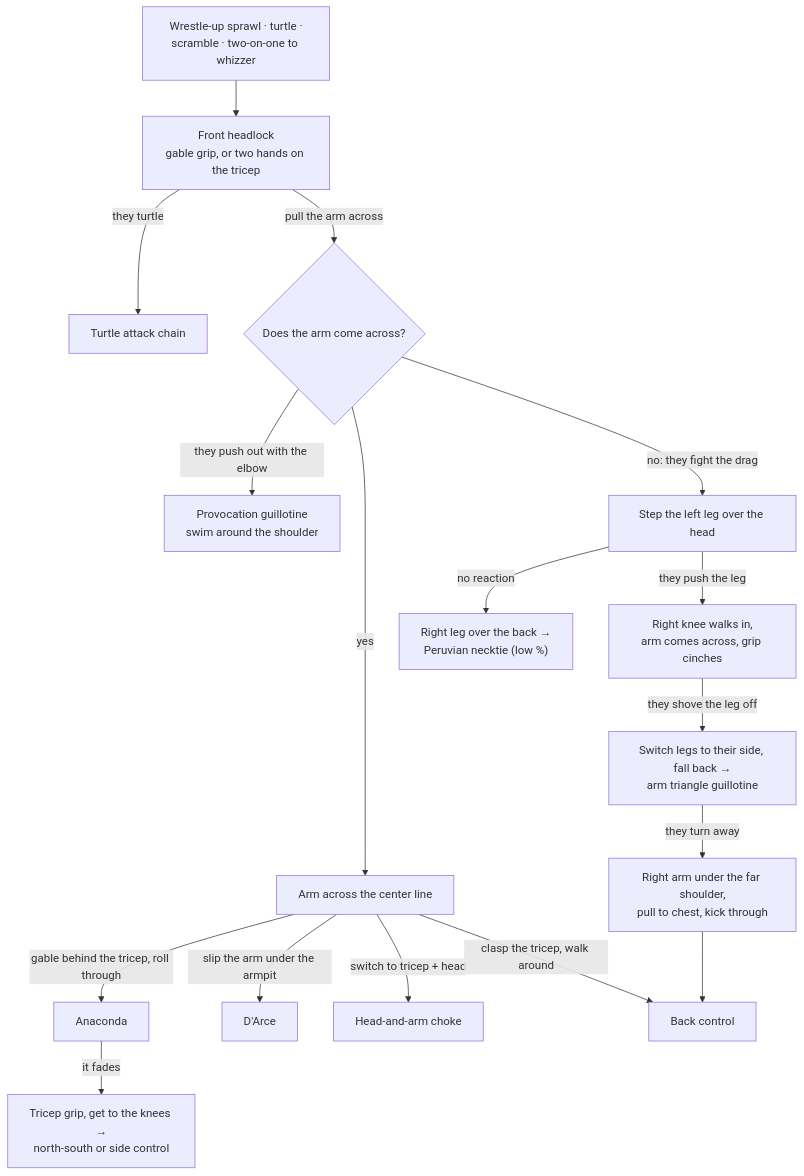
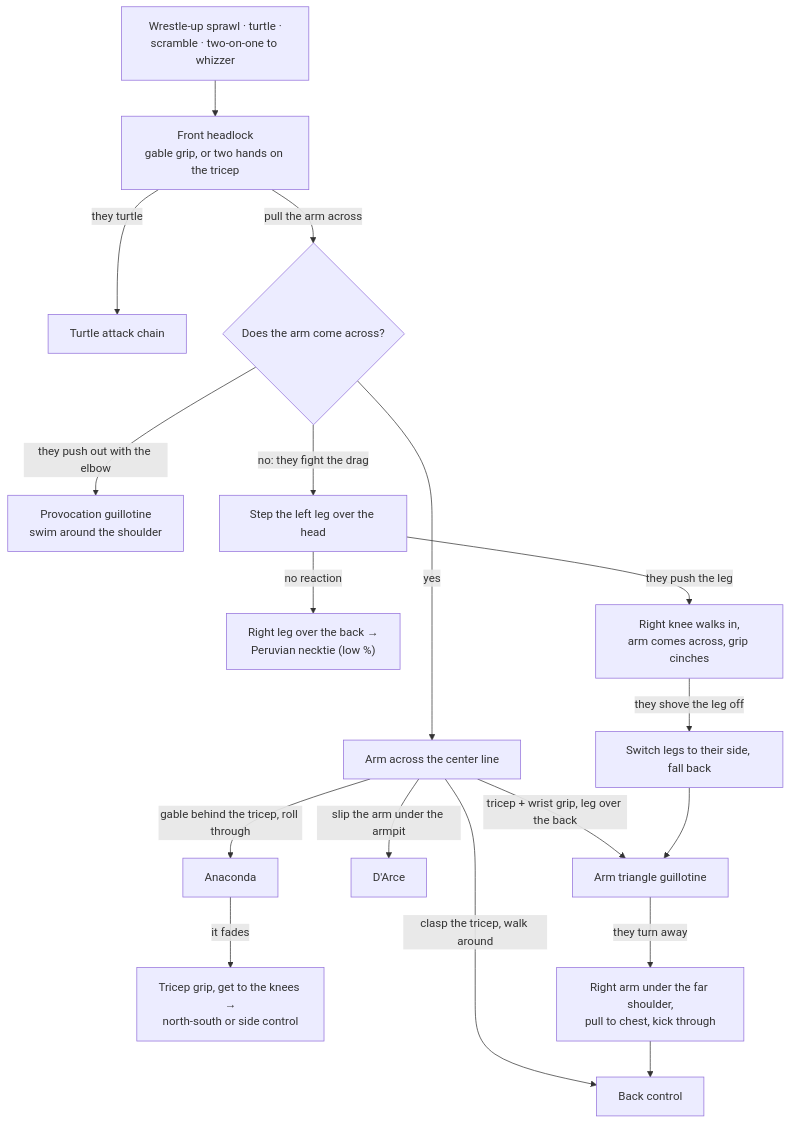
One commit to ctrl-malacan/bjj-commons changed the diagram in chains/12-front-headlock.md. Above: the diagram before and after it, drawn with Mermaid. The commit also changed other lines of this file and 3 other files, not shown here.

First line of the commit message:
fix: the head-and-arm choke from the front headlock is the arm triangle guillotine

````diff
--- a/chains/12-front-headlock.md
+++ b/chains/12-front-headlock.md
@@ -7,18 +7,18 @@
 ```mermaid
 flowchart TD
     IN["Wrestle-up sprawl · turtle ·<br/>scramble · two-on-one to whizzer"] --> FH["Front headlock<br/>gable grip, or two hands on the tricep"]
     FH -->|"they turtle"| T["Turtle attack chain"]
     FH -->|"pull the arm across"| Q{"Does the arm come across?"}
     Q -->|"they push out with the elbow"| PG["Provocation guillotine<br/>swim around the shoulder"]
     Q -->|"yes"| ACR["Arm across the center line"]
     ACR -->|"gable behind the tricep, roll through"| AN["Anaconda"]
     AN -->|"it fades"| NS["Tricep grip, get to the knees →<br/>north-south or side control"]
     ACR -->|"slip the arm under the armpit"| DA["D'Arce"]
-    ACR -->|"switch to tricep + head"| HA["Head-and-arm choke"]
+    ACR -->|"tricep + wrist grip, leg over the back"| AG["Arm triangle guillotine"]
     ACR -->|"clasp the tricep, walk around"| BC["Back control"]
     Q -->|"no: they fight the drag"| SO["Step the left leg over the head"]
     SO -->|"no reaction"| PN["Right leg over the back →<br/>Peruvian necktie (low %)"]
     SO -->|"they push the leg"| KN["Right knee walks in,<br/>arm comes across, grip cinches"]
-    KN -->|"they shove the leg off"| AG["Switch legs to their side, fall back →<br/>arm triangle guillotine"]
+    KN -->|"they shove the leg off"| SW["Switch legs to their side, fall back"] --> AG
     AG -->|"they turn away"| FS["Right arm under the far shoulder,<br/>pull to chest, kick through"] --> BC
 ```
````
